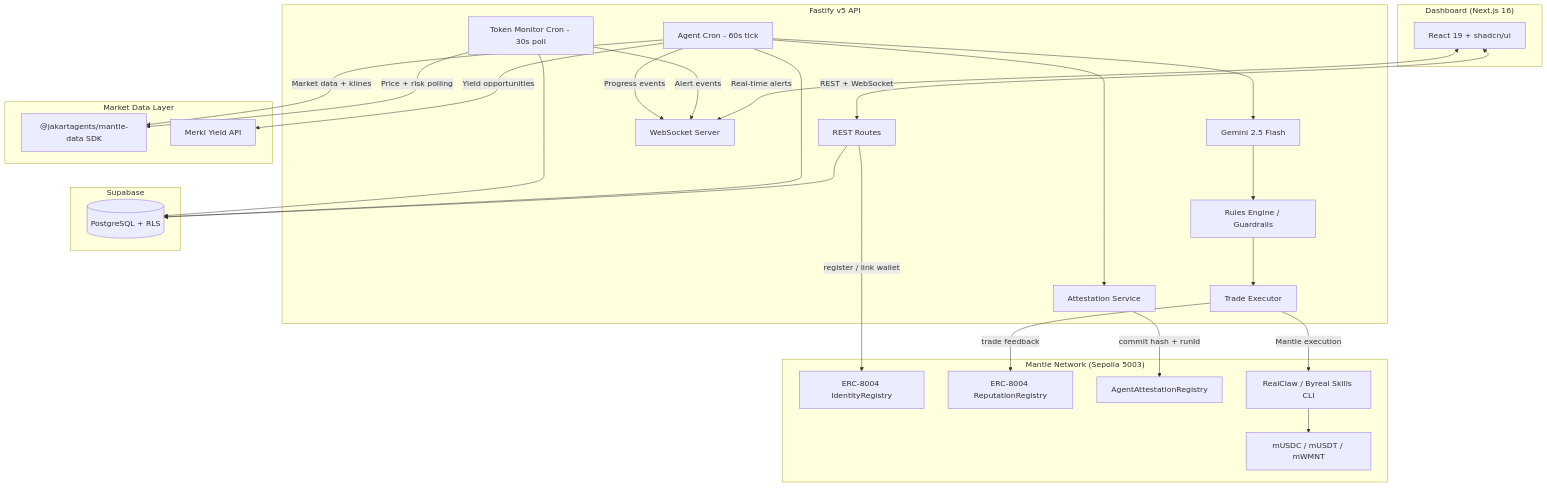
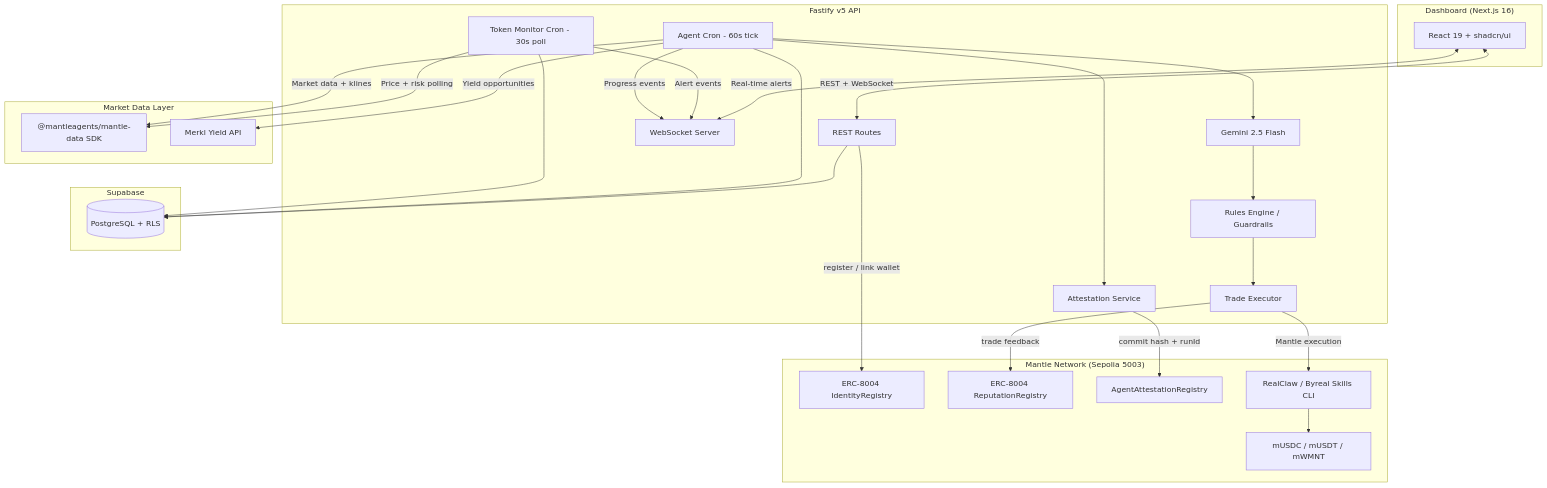
Before and after one commit to mferdinandr/MantleAgents: the diagram in README.md, drawn with Mermaid. The commit also changed other lines of this file and 34 other files, not shown here.

````diff
--- a/README.md
+++ b/README.md
@@ -44,57 +44,57 @@
 ```mermaid
 graph TB
     subgraph Frontend["Dashboard (Next.js 16)"]
         UI[React 19 + shadcn/ui]
     end
 
     subgraph Backend["Fastify v5 API"]
         API[REST Routes]
         WS[WebSocket Server]
         CRON_AGENT[Agent Cron - 60s tick]
         CRON_MONITOR[Token Monitor Cron - 30s poll]
         LLM[Gemini 2.5 Flash]
         RULES[Rules Engine / Guardrails]
         TRADE[Trade Executor]
         ATTEST[Attestation Service]
     end
 
     subgraph Mantle["Mantle Network (Sepolia 5003)"]
         IDREG[ERC-8004 IdentityRegistry]
         REPREG[ERC-8004 ReputationRegistry]
         ATTESTREG[AgentAttestationRegistry]
         REALCLAW[RealClaw / Byreal Skills CLI]
         TOKENS[mUSDC / mUSDT / mWMNT]
     end
 
     subgraph MarketData["Market Data Layer"]
-        MDATA["@jakartagents/mantle-data SDK"]
+        MDATA["@mantleagents/mantle-data SDK"]
         MERKL[Merkl Yield API]
     end
 
     subgraph Storage["Supabase"]
         DB[(PostgreSQL + RLS)]
     end
 
     UI <-->|REST + WebSocket| API
     UI <-->|Real-time alerts| WS
 
     CRON_MONITOR -->|Price + risk polling| MDATA
     CRON_AGENT -->|Market data + klines| MDATA
     CRON_AGENT -->|Yield opportunities| MERKL
     CRON_AGENT --> LLM
     LLM --> RULES
     RULES --> TRADE
     TRADE -->|Mantle execution| REALCLAW
     REALCLAW --> TOKENS
 
     API -->|register / link wallet| IDREG
     TRADE -->|trade feedback| REPREG
     CRON_AGENT --> ATTEST
     ATTEST -->|commit hash + runId| ATTESTREG
 
     API --> DB
     CRON_AGENT --> DB
     CRON_MONITOR --> DB
     CRON_MONITOR -->|Alert events| WS
     CRON_AGENT -->|Progress events| WS
 ```
````
